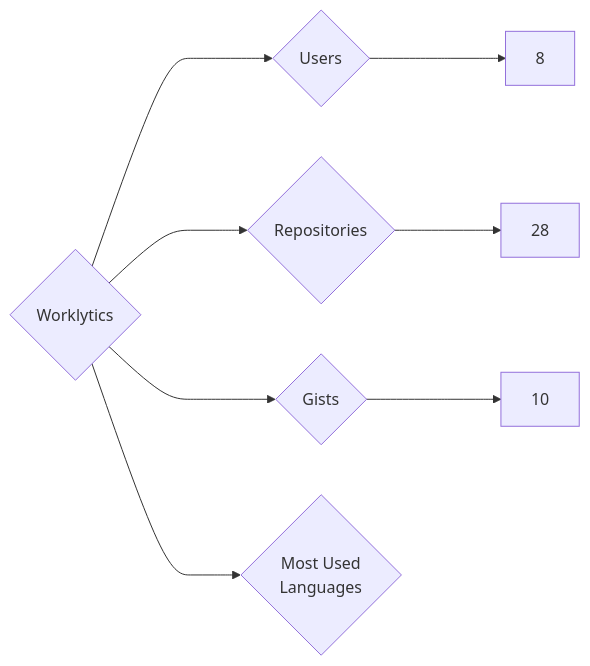
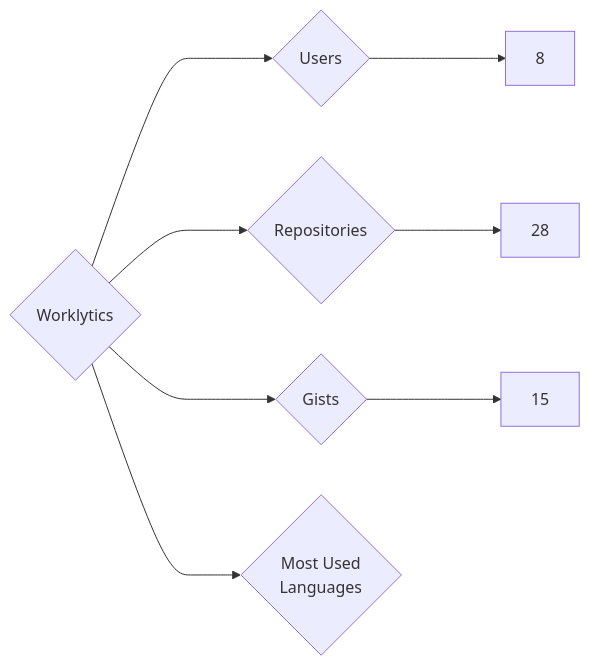
One commit to nenadzaric/insiders changed the diagram in targets/Worklytics/README.md. Above: the diagram before and after it, drawn with Mermaid. The commit also changed 1342 other files, not shown here.

````diff
--- a/targets/Worklytics/README.md
+++ b/targets/Worklytics/README.md
@@ -3,8 +3,8 @@
 ```mermaid
 graph LR
 COMPANY_NAME{Worklytics}
 COMPANY_NAME ---> U{Users} ---> UN[8]
 COMPANY_NAME ---> R{Repositories} ---> RN[28]
-COMPANY_NAME ---> G{Gists} ---> GN[10]
+COMPANY_NAME ---> G{Gists} ---> GN[15]
 COMPANY_NAME ---> ML{Most Used<br>Languages}
 ```
````
